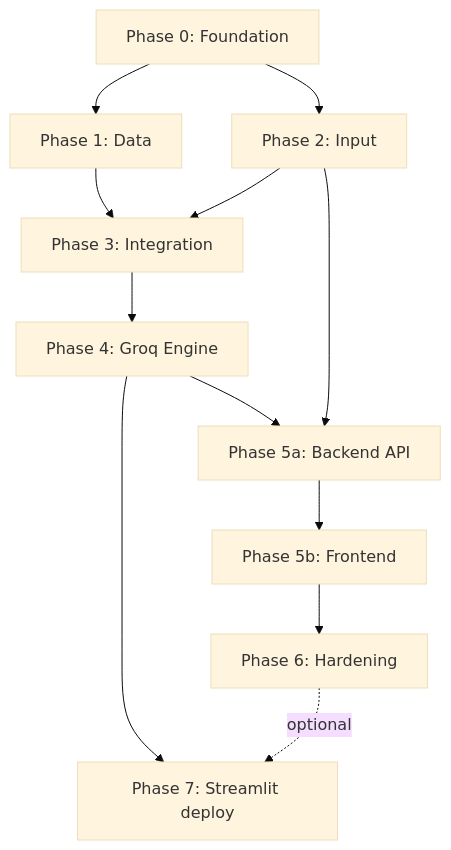
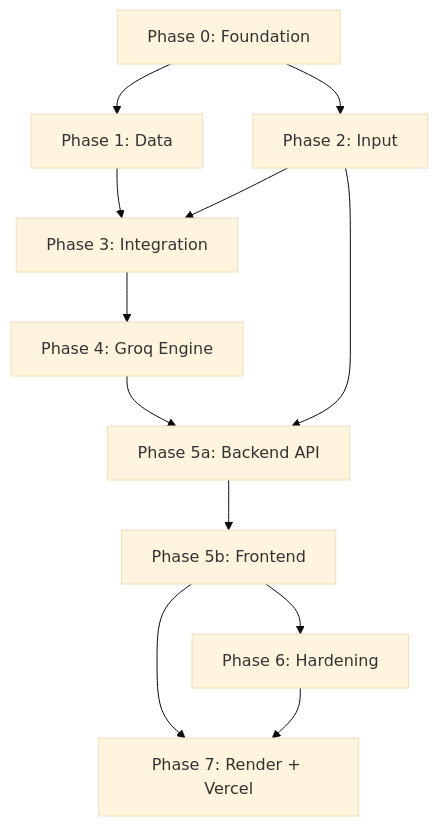
One commit to Somu639/Zomato-Final changed the seventh of 7 diagrams in Docs/PhaseWiseArchitecture.md. Above: the diagram before and after it, drawn with Mermaid (base theme). The commit also changed other lines of this file and 23 other files, not shown here.

Commit message:
Remove Streamlit; add Render and Vercel deployment plan and config

````diff
--- a/Docs/PhaseWiseArchitecture.md
+++ b/Docs/PhaseWiseArchitecture.md
@@ -719,24 +617,24 @@
 ```mermaid
 flowchart TD
     P0[Phase 0: Foundation]
     P1[Phase 1: Data]
     P2[Phase 2: Input]
     P3[Phase 3: Integration]
     P4[Phase 4: Groq Engine]
     P5A[Phase 5a: Backend API]
     P5B[Phase 5b: Frontend]
     P6[Phase 6: Hardening]
-    P7[Phase 7: Streamlit deploy]
+    P7[Phase 7: Render + Vercel]
 
     P0 --> P1
     P0 --> P2
     P1 --> P3
     P2 --> P3
     P3 --> P4
     P4 --> P5A
     P2 --> P5A
     P5A --> P5B
     P5B --> P6
-    P4 --> P7
-    P6 -.->|optional| P7
+    P5B --> P7
+    P6 --> P7
 ```
````
